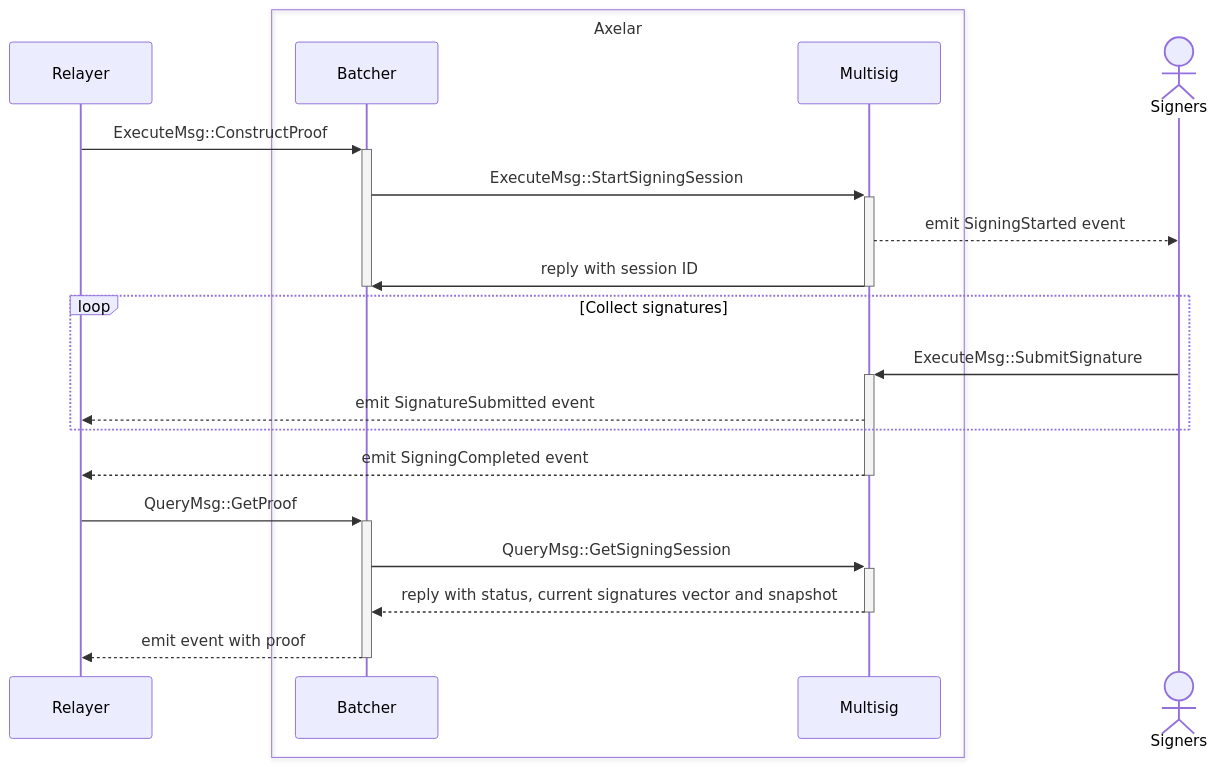
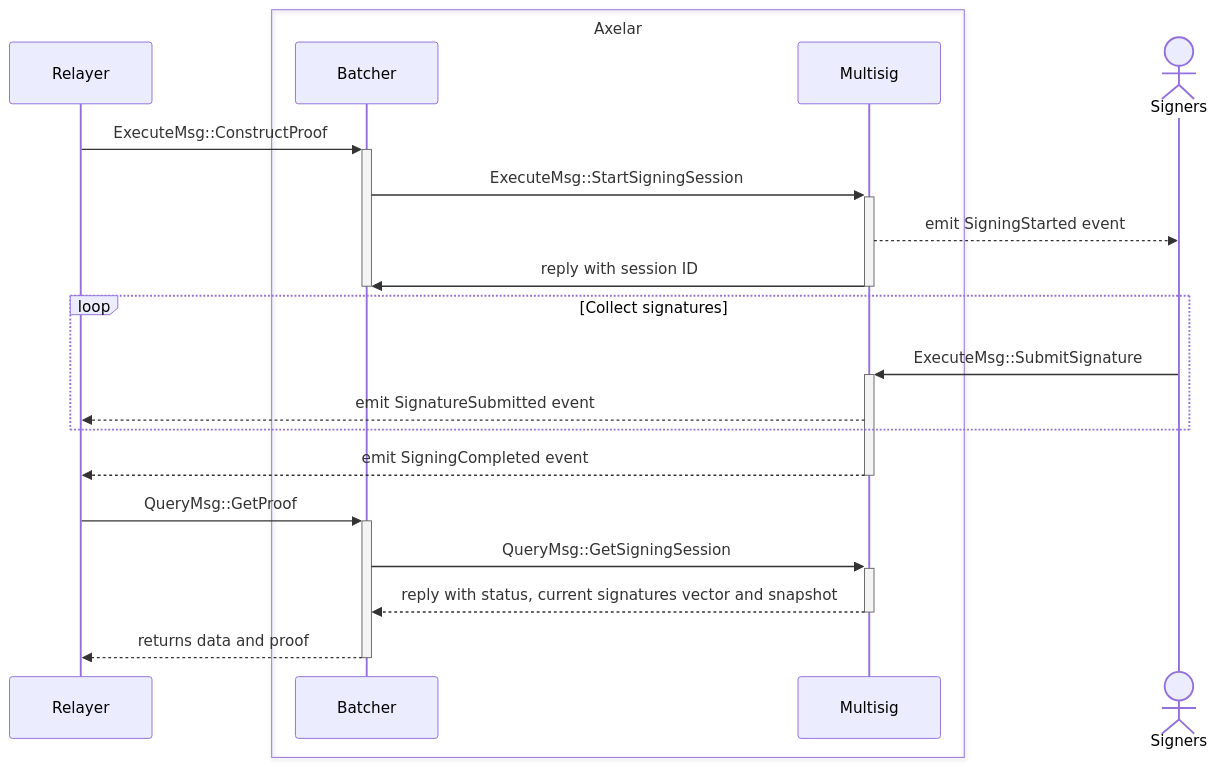
Before and after one commit to axelarnetwork/axelar-amplifier: the second of 2 diagrams in contracts/multisig/README.md, drawn with Mermaid.

Commit message:
Fixed event->query

````diff
--- a/contracts/multisig/README.md
+++ b/contracts/multisig/README.md
@@ -26,26 +26,26 @@
 ```mermaid
 sequenceDiagram
 participant Relayer
 box Axelar
 participant Batcher
 participant Multisig
 end
 actor Signers
 
 
 Relayer->>+Batcher: ExecuteMsg::ConstructProof
 Batcher->>+Multisig: ExecuteMsg::StartSigningSession
 Multisig-->>Signers: emit SigningStarted event
 Multisig->>-Batcher: reply with session ID
 deactivate Batcher
 loop Collect signatures
   Signers->>+Multisig: ExecuteMsg::SubmitSignature
   Multisig-->>Relayer: emit SignatureSubmitted event
 end
 Multisig-->>-Relayer: emit SigningCompleted event
 Relayer->>+Batcher: QueryMsg::GetProof
 Batcher->>+Multisig: QueryMsg::GetSigningSession
 Multisig-->>-Batcher: reply with status, current signatures vector and snapshot
-Batcher-->>-Relayer: emit event with proof
+Batcher-->>-Relayer: returns data and proof
 
 ```
````
